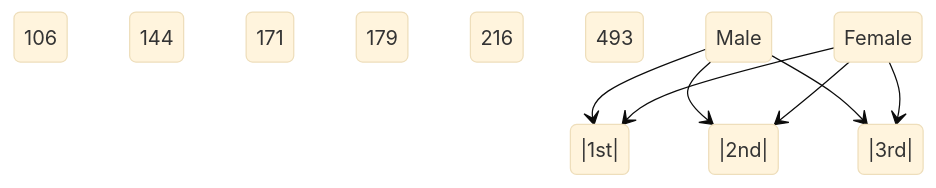
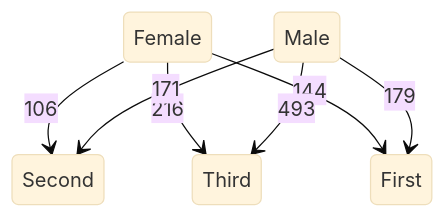
Before and after one commit to antononcube/Raku-LLM-Functions: the fourth of 8 diagrams in docs/Workflows-with-LLM-functions_woven.md, drawn with Mermaid (base theme). The commit also changed other lines of this file and 1 other file, not shown here.

Commit message:
docs:Better explanations. Changed the "Flowchart" section in "General structure of workflows" and made the corresponding explanations changes.

````diff
--- a/docs/Workflows-with-LLM-functions_woven.md
+++ b/docs/Workflows-with-LLM-functions_woven.md
@@ -508,9 +510,13 @@
 ```mermaid
 stateDiagram
-  Male --> |1st| 179
-  Male --> |2nd| 171
-  Male --> |3rd| 493
-  Female --> |1st| 144
-  Female --> |2nd| 106
-  Female --> |3rd| 216
+  state Female
+  state Male
+
+  Female --> Second : 106
+  Female --> Third : 216
+  Female --> First : 144
+
+  Male --> Second : 171
+  Male --> Third : 493
+  Male --> First : 179
 ```
````
